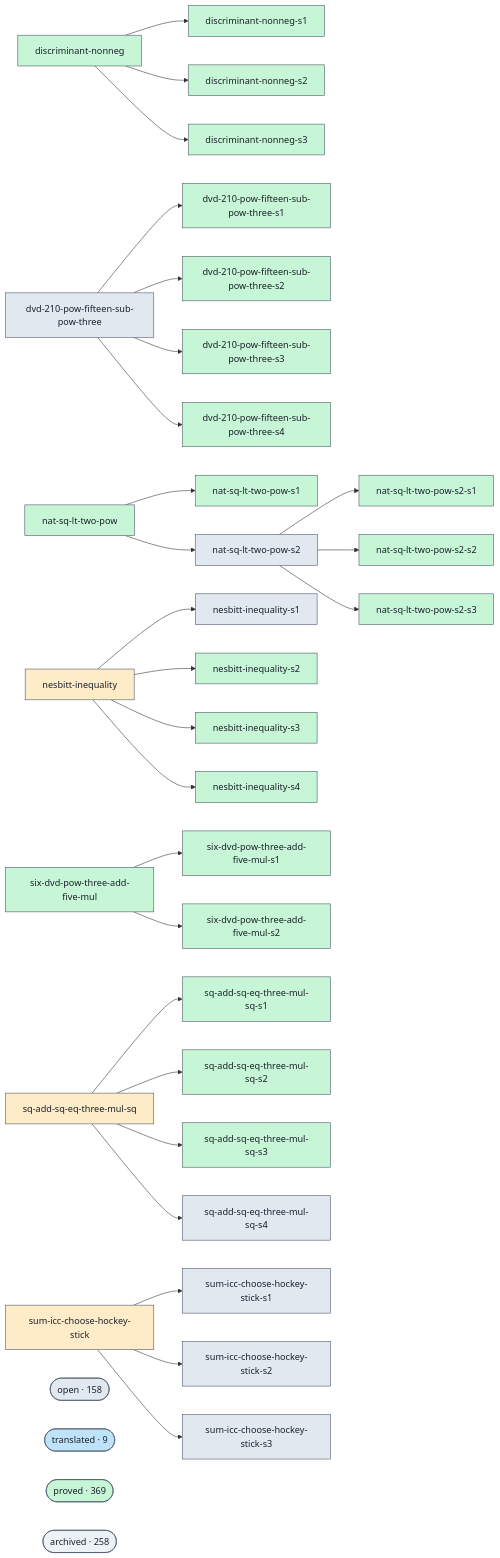
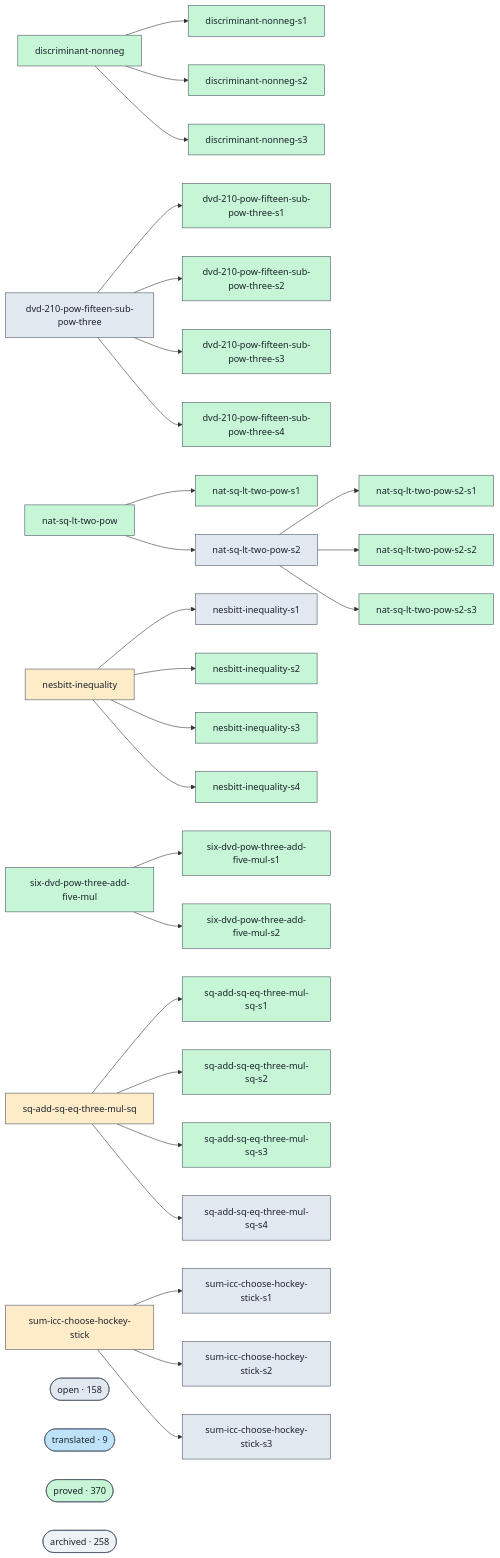
One commit to Rauxon/unsorry changed the diagram in docs/proofs-contributors-visualisation.md. Above: the diagram before and after it, drawn with Mermaid. The commit also changed other lines of this file and 2 other files, not shown here.

```diff
--- a/docs/proofs-contributors-visualisation.md
+++ b/docs/proofs-contributors-visualisation.md
@@ -147,7 +147,7 @@
   class cluster_open open;
   cluster_translated(["translated · 9"])
   class cluster_translated translated;
-  cluster_proved(["proved · 369"])
+  cluster_proved(["proved · 370"])
   class cluster_proved proved;
   cluster_archived(["archived · 258"])
   class cluster_archived unknown;
```
